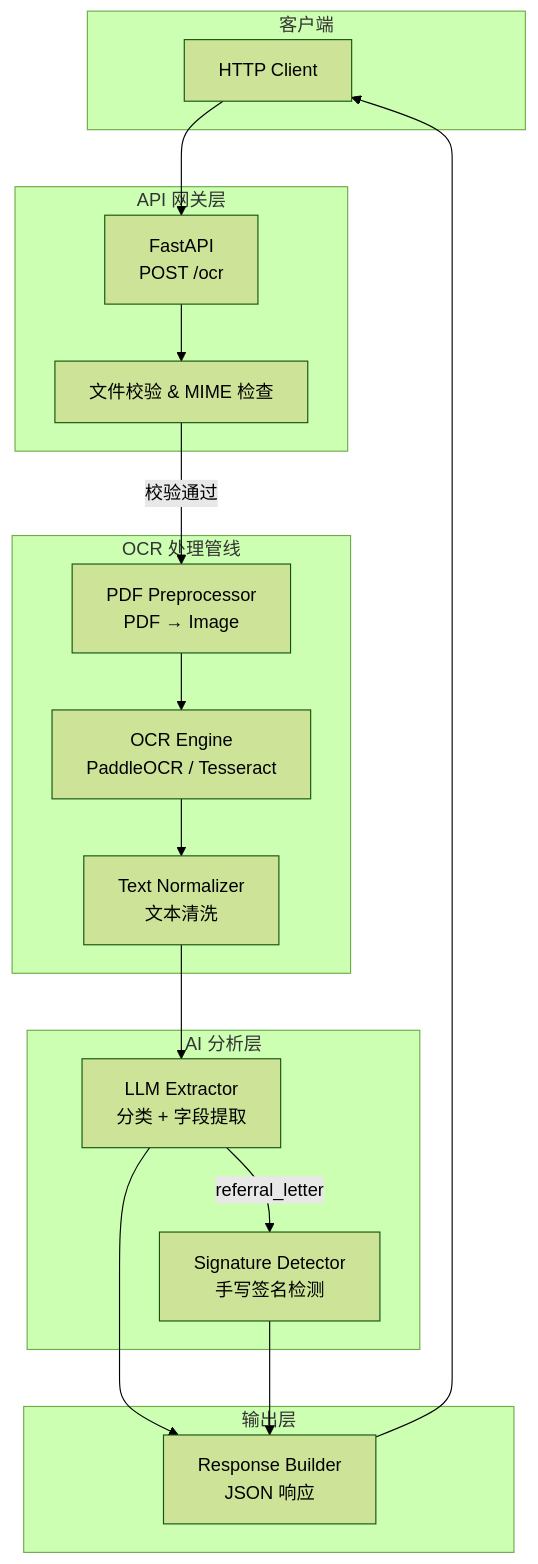
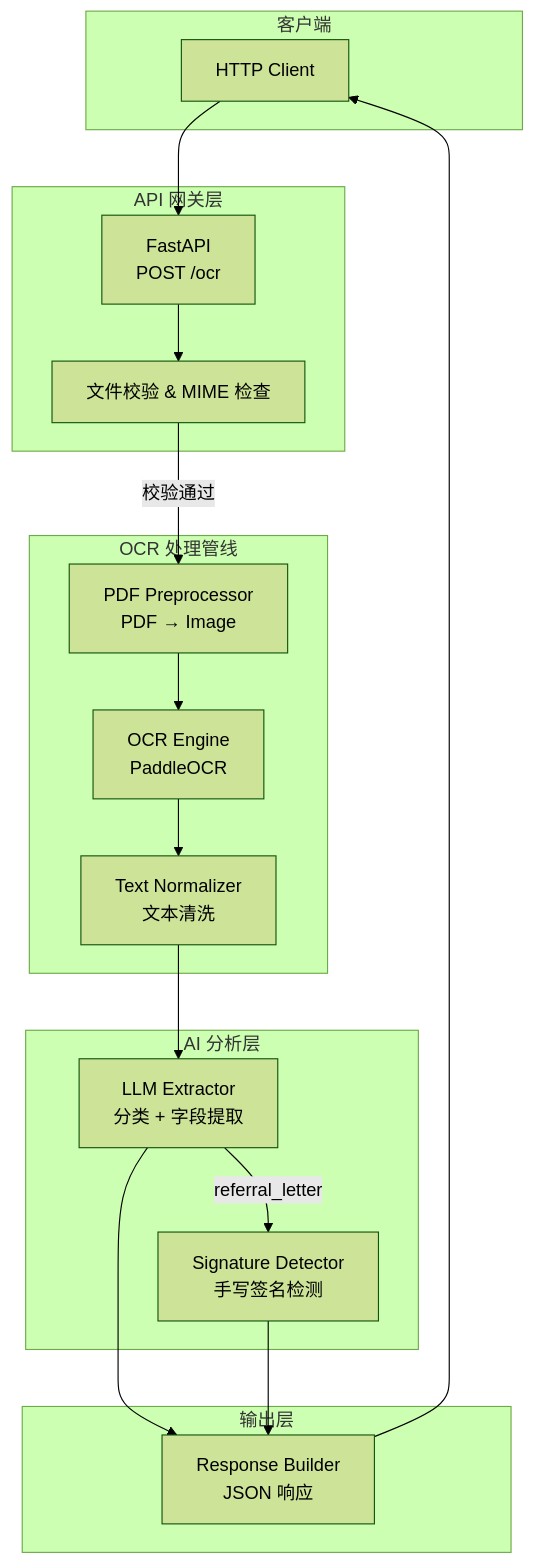
Before and after one commit to wpm-recs/medical-ocr-api: the first of 2 diagrams in doc/开发文档.md, drawn with Mermaid (forest theme). The commit also changed other lines of this file and 12 other files, not shown here.

````diff
--- a/doc/开发文档.md
+++ b/doc/开发文档.md
@@ -52,35 +52,35 @@
 ```mermaid
 graph TB
     subgraph Client["客户端"]
         A[HTTP Client]
     end
 
     subgraph APIGateway["API 网关层"]
         B[FastAPI<br/>POST /ocr]
         B1[文件校验 & MIME 检查]
     end
 
     subgraph Pipeline["OCR 处理管线"]
         C[PDF Preprocessor<br/>PDF → Image]
-        D[OCR Engine<br/>PaddleOCR / Tesseract]
+        D[OCR Engine<br/>PaddleOCR]
         E[Text Normalizer<br/>文本清洗]
     end
 
     subgraph AI["AI 分析层"]
         F[LLM Extractor<br/>分类 + 字段提取]
         G[Signature Detector<br/>手写签名检测]
     end
 
     subgraph Output["输出层"]
         H[Response Builder<br/>JSON 响应]
     end
 
     A --> B --> B1
     B1 -->|校验通过| C
     C --> D --> E
     E --> F
     F -->|referral_letter| G
     F --> H
     G --> H
     H --> A
 ```
````
